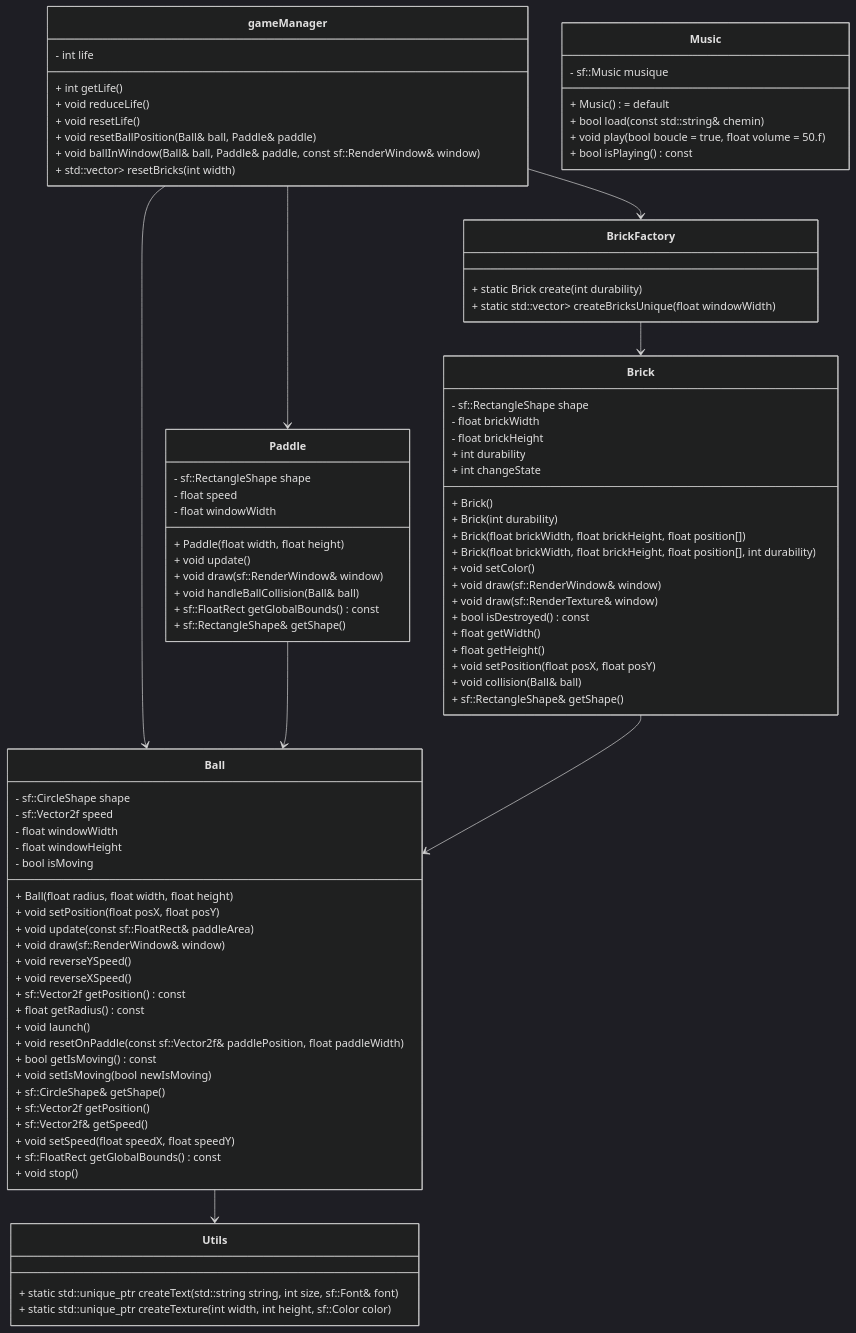
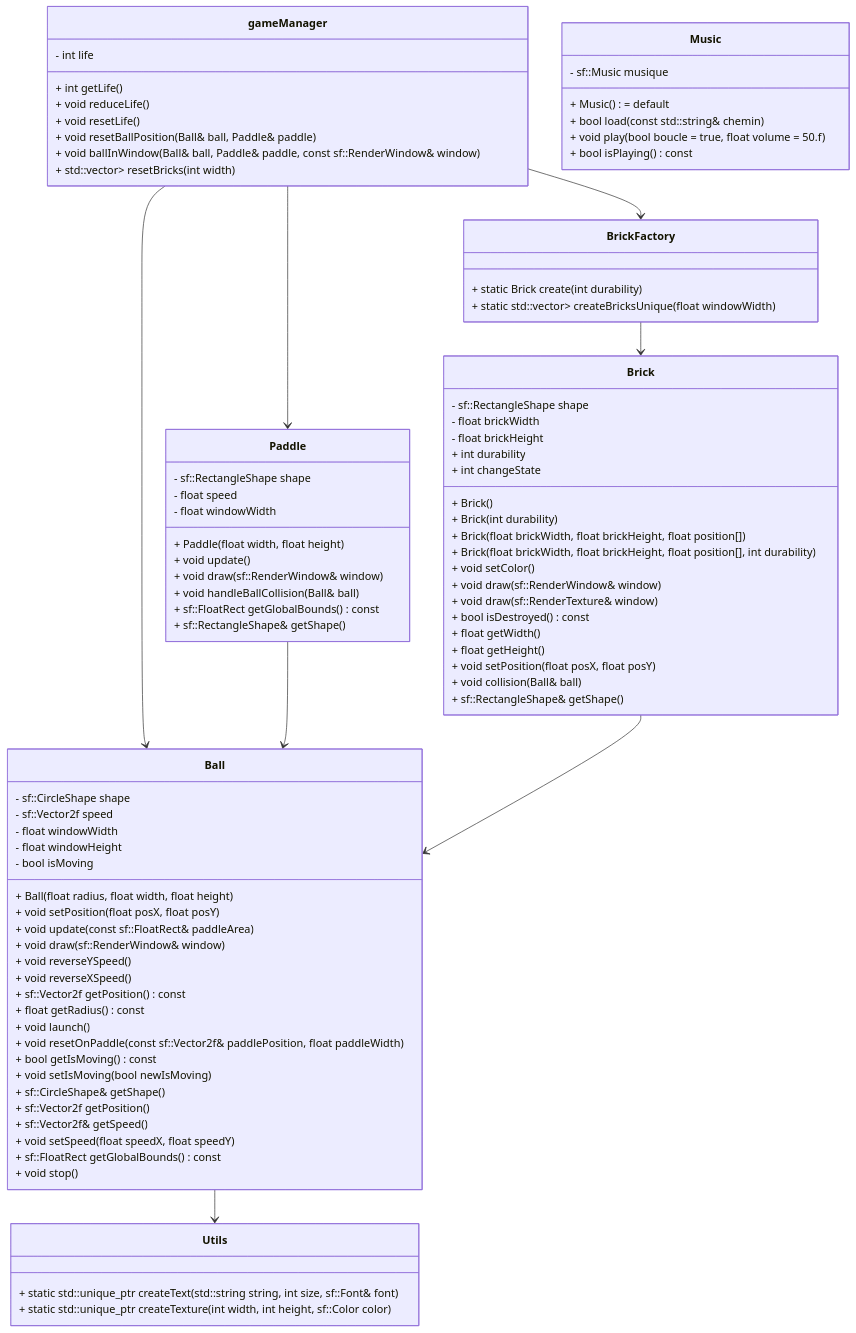
One commit to Florence-Navet/brick-breaker changed the diagram in README.md. Above: the diagram before and after it, drawn with Mermaid.

Commit message:
fix: change theme for class diagram in README.md

````diff
--- a/README.md
+++ b/README.md
@@ -29,5 +29,4 @@
 ```mermaid
-%%{init:{'theme':'dark'}}%%
 classDiagram
     class gameManager {
         - int life
````
